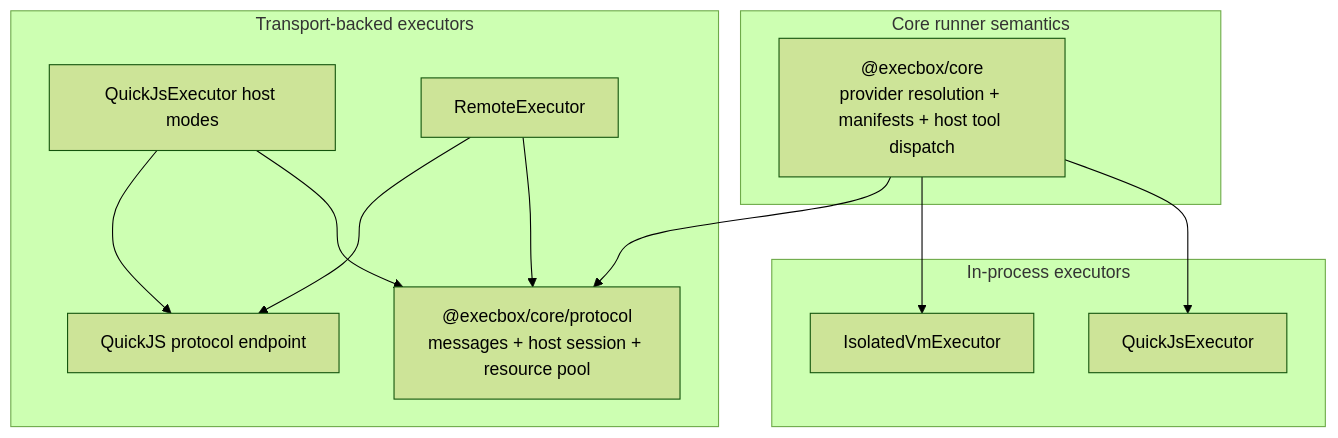
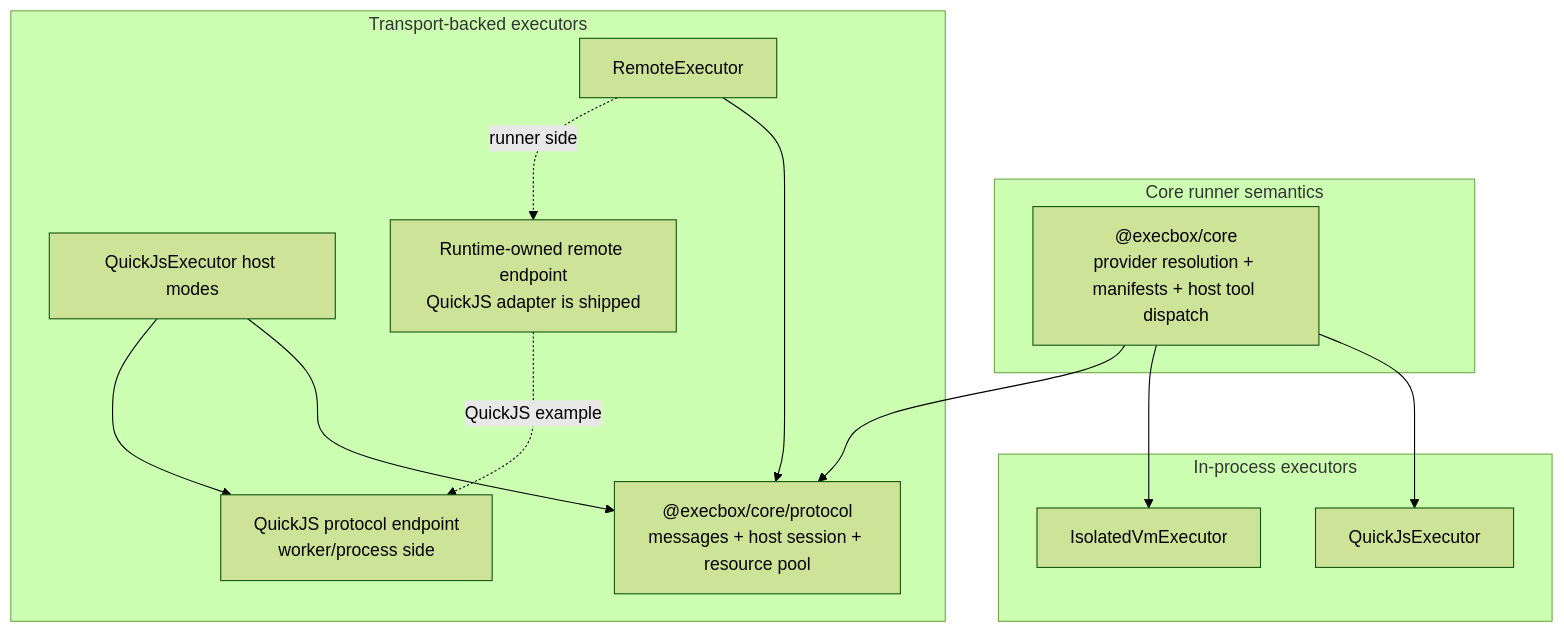
One commit to aallam/execbox changed the second of 3 diagrams in docs/architecture/execbox-mcp-and-protocol.md. Above: the diagram before and after it, drawn with Mermaid (forest theme). The commit also changed other lines of this file and 10 other files, not shown here.

````diff
--- a/docs/architecture/execbox-mcp-and-protocol.md
+++ b/docs/architecture/execbox-mcp-and-protocol.md
@@ -64,26 +66,28 @@
 ```mermaid
 flowchart TB
     subgraph Core["Core runner semantics"]
         CORE["@execbox/core<br/>provider resolution + manifests + host tool dispatch"]
     end
 
     subgraph InProcess["In-process executors"]
         QJS["QuickJsExecutor"]
         IVM["IsolatedVmExecutor"]
     end
 
     subgraph TransportBacked["Transport-backed executors"]
         PROTO["@execbox/core/protocol<br/>messages + host session + resource pool"]
         HOSTED["QuickJsExecutor host modes"]
         REM["RemoteExecutor"]
-        ENDPOINT["QuickJS protocol endpoint"]
+        QJS_ENDPOINT["QuickJS protocol endpoint<br/>worker/process side"]
+        REMOTE_ENDPOINT["Runtime-owned remote endpoint<br/>QuickJS adapter is shipped"]
     end
 
     CORE --> QJS
     CORE --> IVM
     CORE --> PROTO
     HOSTED --> PROTO
     REM --> PROTO
-    HOSTED --> ENDPOINT
-    REM --> ENDPOINT
+    HOSTED --> QJS_ENDPOINT
+    REM -. runner side .-> REMOTE_ENDPOINT
+    REMOTE_ENDPOINT -. QuickJS example .-> QJS_ENDPOINT
 ```
````
